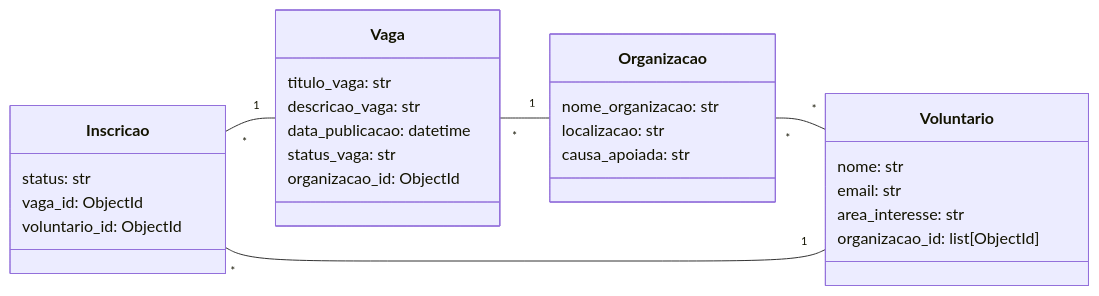
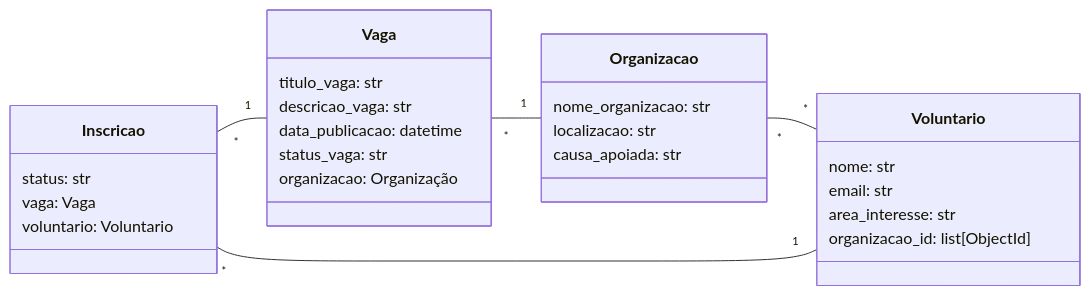
One commit to milenchaves/engajamais_mongodb changed the diagram in README.md. Above: the diagram before and after it, drawn with Mermaid. The commit also changed 5 other files, not shown here.

````diff
--- a/README.md
+++ b/README.md
@@ -3,36 +3,36 @@
 ```mermaid
     classDiagram
     direction RL
     class Voluntario {
         nome: str
         email: str
         area_interesse: str
         organizacao_id: list[ObjectId]
     }
 
     class Organizacao {
         nome_organizacao: str
         localizacao: str
         causa_apoiada: str
     }
 
     class Vaga {
         titulo_vaga: str
         descricao_vaga: str
         data_publicacao: datetime
         status_vaga: str
-        organizacao_id: ObjectId
+        organizacao: Organização
     }
 
     class Inscricao {
         status: str
-        vaga_id: ObjectId
-        voluntario_id: ObjectId
+        vaga: Vaga
+        voluntario: Voluntario
     }
 
     Voluntario "*" -- "*" Organizacao
     Organizacao "1" -- "*" Vaga
     Vaga "1" -- "*" Inscricao
     Voluntario "1" -- "*" Inscricao
 
 ```
````
